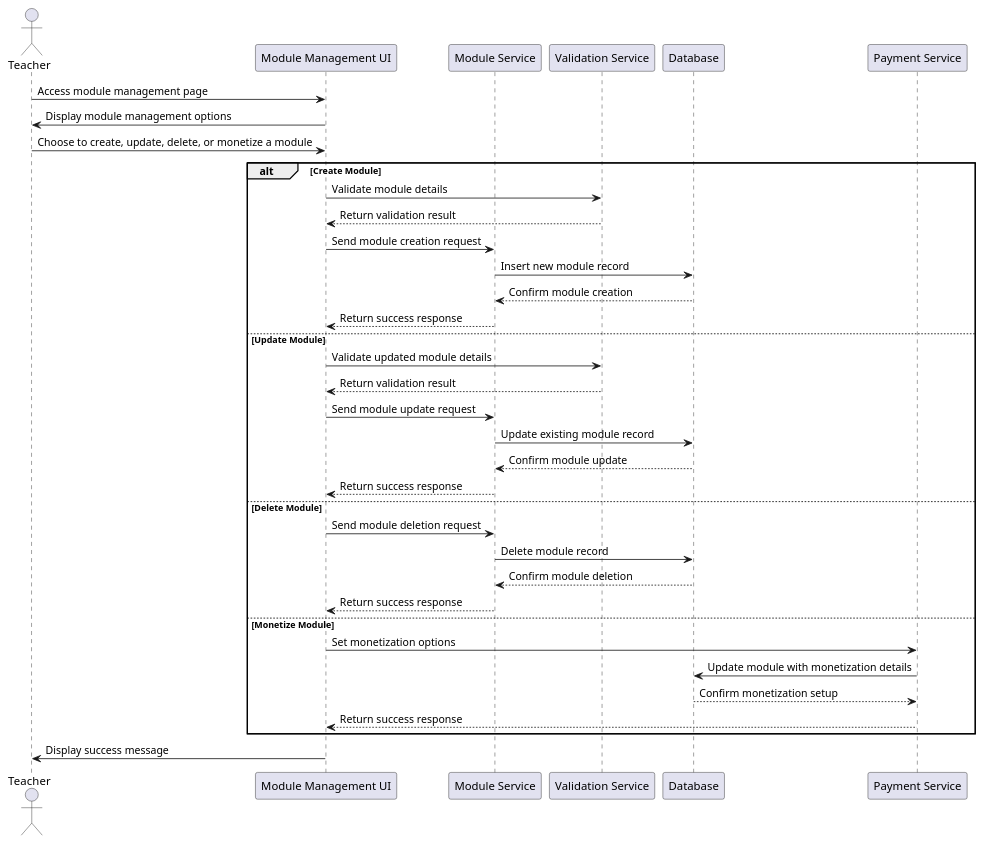
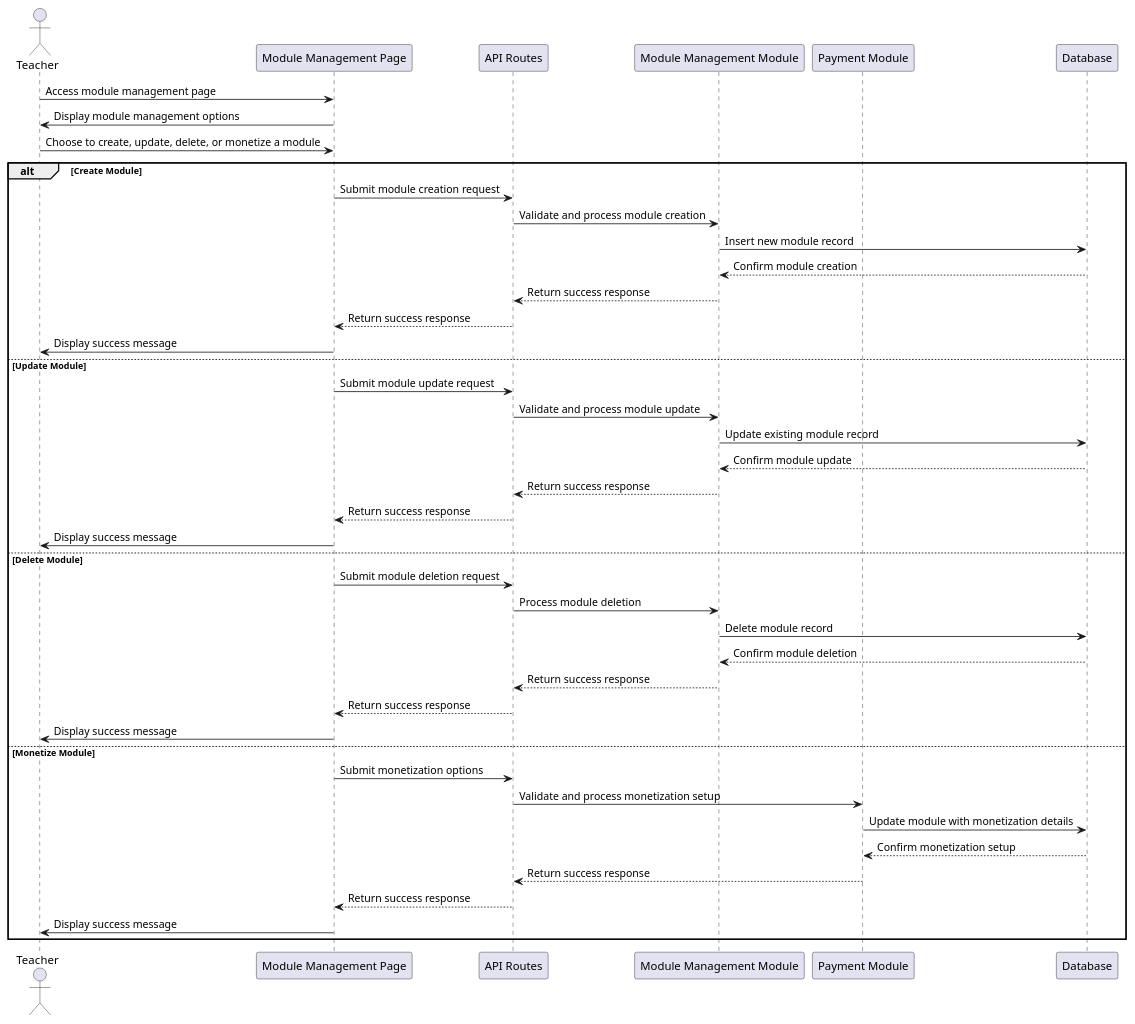
The diagram in projects/jamc/design/diagrams/module-management-sequence-diagram.puml (alexajuno/notes), drawn with PlantUML before and after one commit. The commit also changed 37 other files, not shown here.

Commit message:
Refactor JAMC project documentation and diagrams; update workspace settings in Obsidian. Removed outdated daily notes and added new diagrams for class management, course monetization, and user registration processes. Updated workspace.json to reflect recent changes in active files and titles.

```diff
--- a/projects/jamc/design/diagrams/module-management-sequence-diagram.puml
+++ b/projects/jamc/design/diagrams/module-management-sequence-diagram.puml
@@ -1,41 +1,48 @@
-@startuml module-management-sequence-diagram
+@startuml Module Management Sequence Diagram Updated
 
 actor Teacher
-participant "Module Management UI" as ModuleUI
-participant "Module Service" as ModuleService
-participant "Validation Service" as ValidationService
-participant "Database" as DB
-participant "Payment Service" as PaymentService
+participant "Module Management Page" as ModulePage
+participant "API Routes" as APIRoutes
+participant "Module Management Module" as ModuleModule
+participant "Payment Module" as PaymentModule
+participant "Database" as Database
 
-Teacher -> ModuleUI: Access module management page
-ModuleUI -> Teacher: Display module management options
-Teacher -> ModuleUI: Choose to create, update, delete, or monetize a module
+Teacher -> ModulePage: Access module management page
+ModulePage -> Teacher: Display module management options
+Teacher -> ModulePage: Choose to create, update, delete, or monetize a module
 
 alt Create Module
-    ModuleUI -> ValidationService: Validate module details
-    ValidationService --> ModuleUI: Return validation result
-    ModuleUI -> ModuleService: Send module creation request
-    ModuleService -> DB: Insert new module record
-    DB --> ModuleService: Confirm module creation
-    ModuleService --> ModuleUI: Return success response
+    ModulePage -> APIRoutes: Submit module creation request
+    APIRoutes -> ModuleModule: Validate and process module creation
+    ModuleModule -> Database: Insert new module record
+    Database --> ModuleModule: Confirm module creation
+    ModuleModule --> APIRoutes: Return success response
+    APIRoutes --> ModulePage: Return success response
+    ModulePage -> Teacher: Display success message
 else Update Module
-    ModuleUI -> ValidationService: Validate updated module details
-    ValidationService --> ModuleUI: Return validation result
-    ModuleUI -> ModuleService: Send module update request
-    ModuleService -> DB: Update existing module record
-    DB --> ModuleService: Confirm module update
-    ModuleService --> ModuleUI: Return success response
+    ModulePage -> APIRoutes: Submit module update request
+    APIRoutes -> ModuleModule: Validate and process module update
+    ModuleModule -> Database: Update existing module record
+    Database --> ModuleModule: Confirm module update
+    ModuleModule --> APIRoutes: Return success response
+    APIRoutes --> ModulePage: Return success response
+    ModulePage -> Teacher: Display success message
 else Delete Module
-    ModuleUI -> ModuleService: Send module deletion request
-    ModuleService -> DB: Delete module record
-    DB --> ModuleService: Confirm module deletion
-    ModuleService --> ModuleUI: Return success response
+    ModulePage -> APIRoutes: Submit module deletion request
+    APIRoutes -> ModuleModule: Process module deletion
+    ModuleModule -> Database: Delete module record
+    Database --> ModuleModule: Confirm module deletion
+    ModuleModule --> APIRoutes: Return success response
+    APIRoutes --> ModulePage: Return success response
+    ModulePage -> Teacher: Display success message
 else Monetize Module
-    ModuleUI -> PaymentService: Set monetization options
-    PaymentService -> DB: Update module with monetization details
-    DB --> PaymentService: Confirm monetization setup
-    PaymentService --> ModuleUI: Return success response
+    ModulePage -> APIRoutes: Submit monetization options
+    APIRoutes -> PaymentModule: Validate and process monetization setup
+    PaymentModule -> Database: Update module with monetization details
+    Database --> PaymentModule: Confirm monetization setup
+    PaymentModule --> APIRoutes: Return success response
+    APIRoutes --> ModulePage: Return success response
+    ModulePage -> Teacher: Display success message
 end
 
-ModuleUI -> Teacher: Display success message
 @enduml
```
